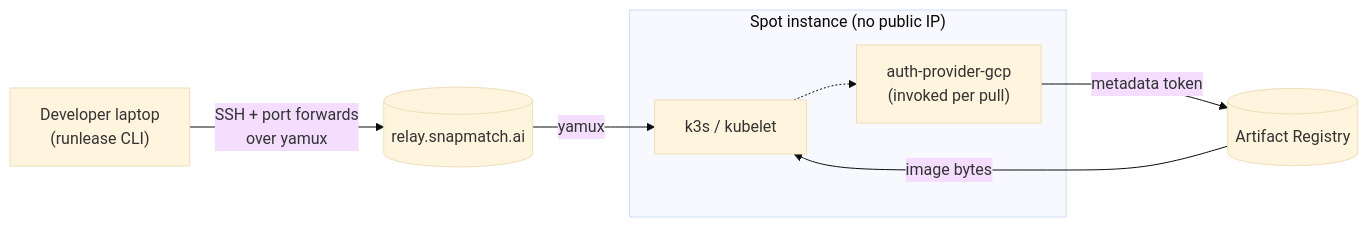
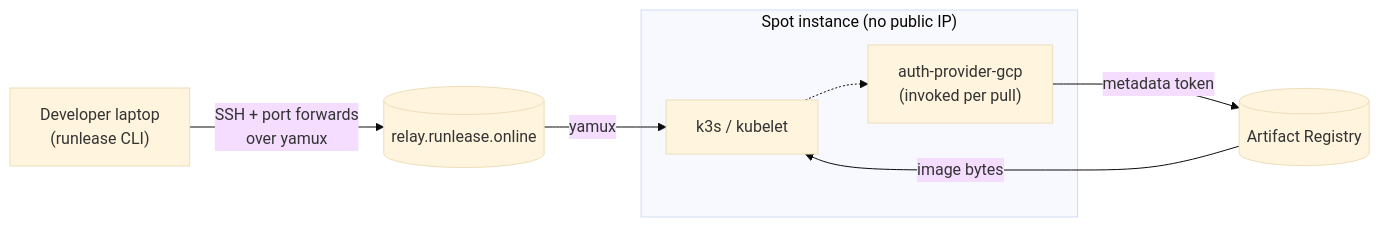
One commit to marshal-org/runlease changed the diagram in docs/private-ar-k3s.md. Above: the diagram before and after it, drawn with Mermaid (base theme). The commit also changed 8 other files, not shown here.

First line of the commit message:
chore(relay): switch default relay address to relay.runlease.online

````diff
--- a/docs/private-ar-k3s.md
+++ b/docs/private-ar-k3s.md
@@ -7,16 +7,16 @@
 ```mermaid
 flowchart LR
     L["Developer laptop<br/>(runlease CLI)"]
-    R[("relay.snapmatch.ai")]
+    R[("relay.runlease.online")]
     subgraph VM["Spot instance (no public IP)"]
         K["k3s / kubelet"]
         APG["auth-provider-gcp<br/>(invoked per pull)"]
         K -.-> APG
     end
     AR[("Artifact Registry")]
 
     L -- "SSH + port forwards<br/>over yamux" --> R
     R -- "yamux" --> K
     APG -- "metadata token" --> AR
     AR -- "image bytes" --> K
 ```
````
